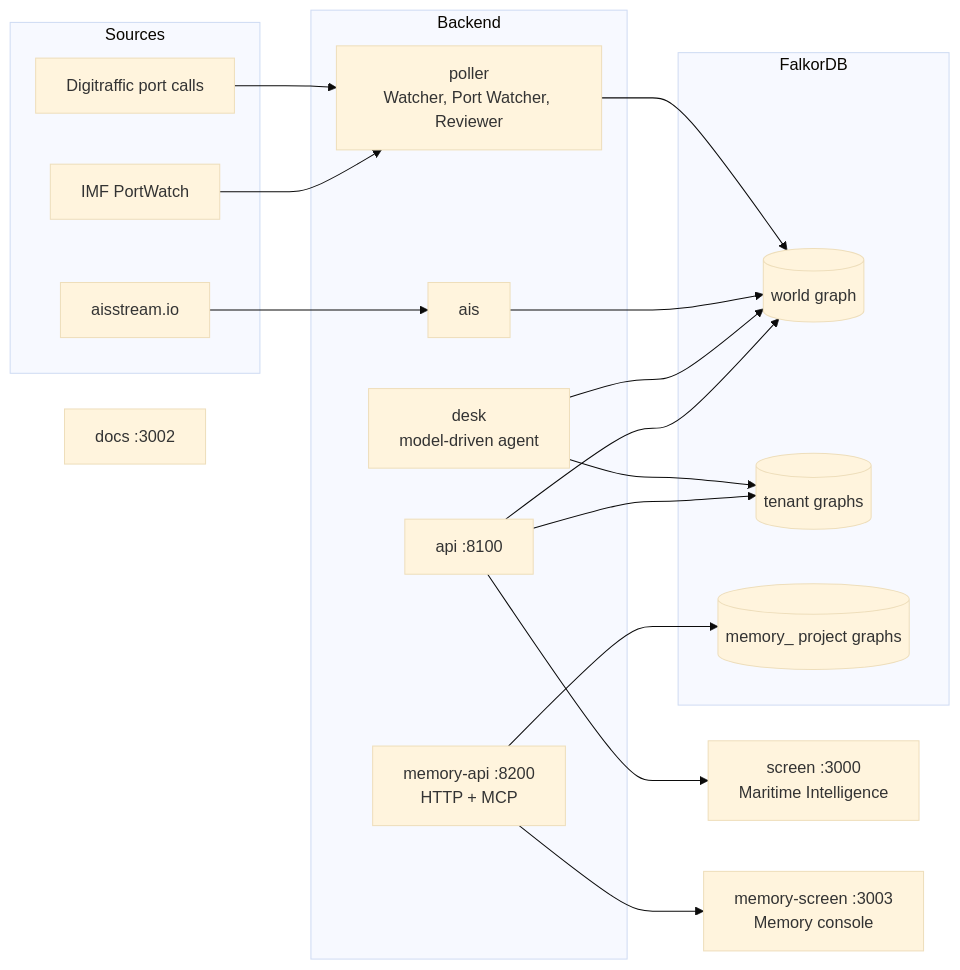
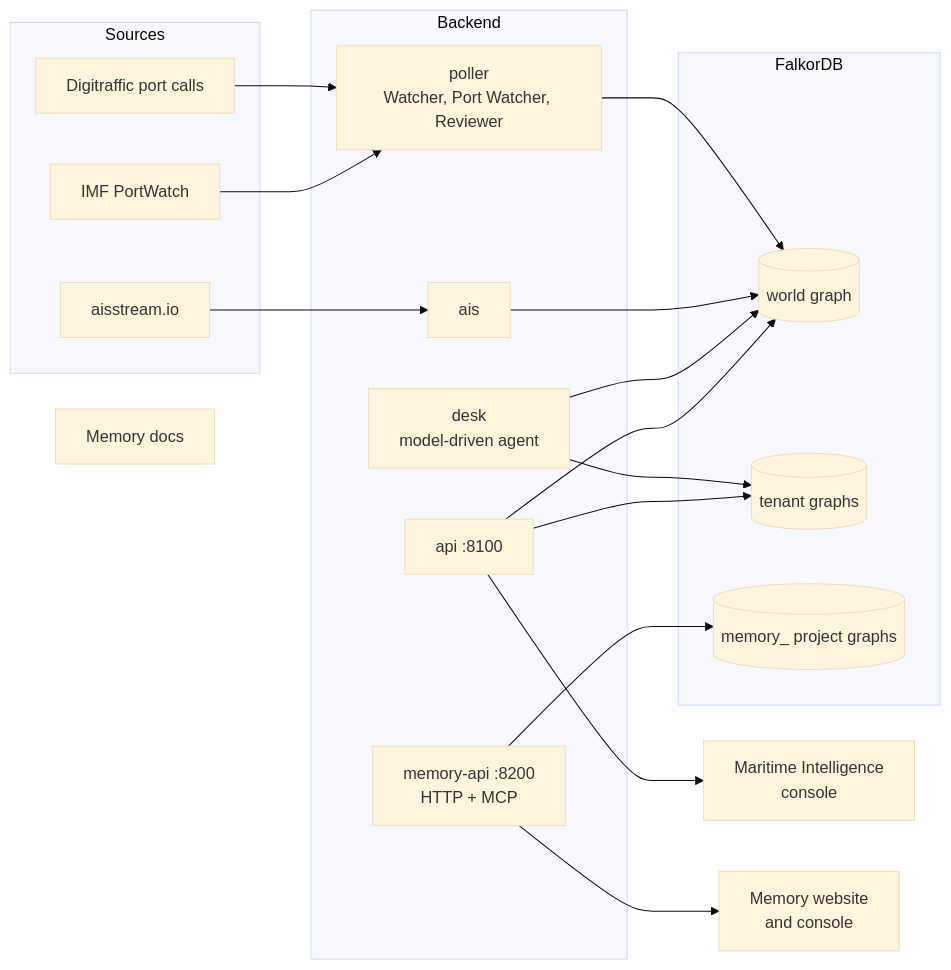
Before and after one commit to MitudruDutta/lighthouse: the first of 3 diagrams in README.md, drawn with Mermaid (base theme). The commit also changed other lines of this file and 18 other files, not shown here.

First line of the commit message:
feat(site): link to the live sites, the hosted Memory API, and its MCP server

````diff
--- a/README.md
+++ b/README.md
@@ -35,33 +48,33 @@
 ```mermaid
 flowchart LR
   subgraph Sources
     DT[Digitraffic port calls]
     PW[IMF PortWatch]
     AIS[aisstream.io]
   end
   subgraph Backend
     PO[poller<br/>Watcher, Port Watcher, Reviewer]
     AI[ais]
     DE[desk<br/>model-driven agent]
     API[api :8100]
     MAPI[memory-api :8200<br/>HTTP + MCP]
   end
   subgraph FalkorDB
     W[(world graph)]
     T[(tenant graphs)]
     M[(memory_ project graphs)]
   end
   DT --> PO
   PW --> PO
   AIS --> AI
   PO --> W
   AI --> W
   DE --> W
   DE --> T
   API --> W
   API --> T
   MAPI --> M
-  API --> SC[screen :3000<br/>Maritime Intelligence]
-  MAPI --> MS[memory-screen :3003<br/>Memory console]
-  DOCS[docs :3002]
+  API --> SC[Maritime Intelligence<br/>console]
+  MAPI --> MS[Memory website<br/>and console]
+  DOCS[Memory docs]
 ```
````
